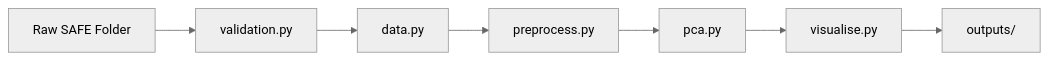
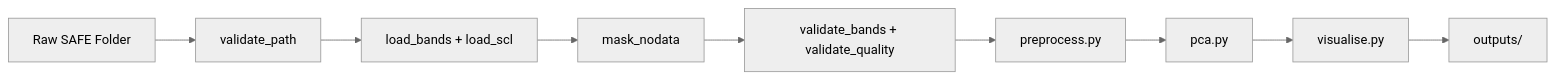
Before and after one commit to LukeWardle/sentinel2-brownfield-stoke: the diagram in DESIGN.md, drawn with Mermaid (neutral theme). The commit also changed other lines of this file and 2 other files, not shown here.

Commit message:
feat: implement validation.py, complete test_validation.py — 11 tests passing, update pipeline flow in DESIGN.md

````diff
--- a/DESIGN.md
+++ b/DESIGN.md
@@ -75,9 +75,11 @@
 ```mermaid
 graph LR
-    A[Raw SAFE Folder] --> B[validation.py]
-    B --> C[data.py]
-    C --> D[preprocess.py]
-    D --> E[pca.py]
-    E --> F[visualise.py]
-    F --> G[outputs/]
+    A[Raw SAFE Folder] --> B[validate_path]
+    B --> C[load_bands + load_scl]
+    C --> D[mask_nodata]
+    D --> E[validate_bands + validate_quality]
+    E --> F[preprocess.py]
+    F --> G[pca.py]
+    G --> H[visualise.py]
+    H --> I[outputs/]
 ```
````
